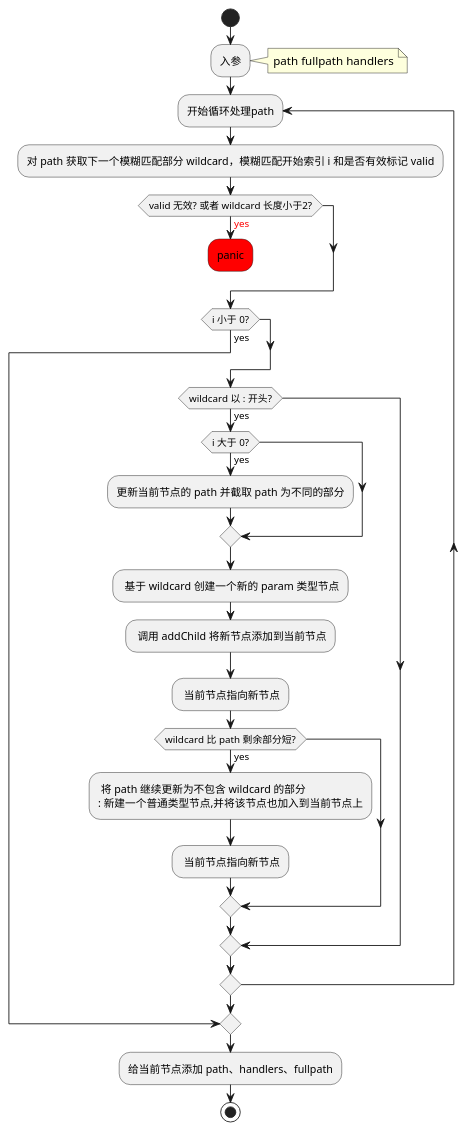
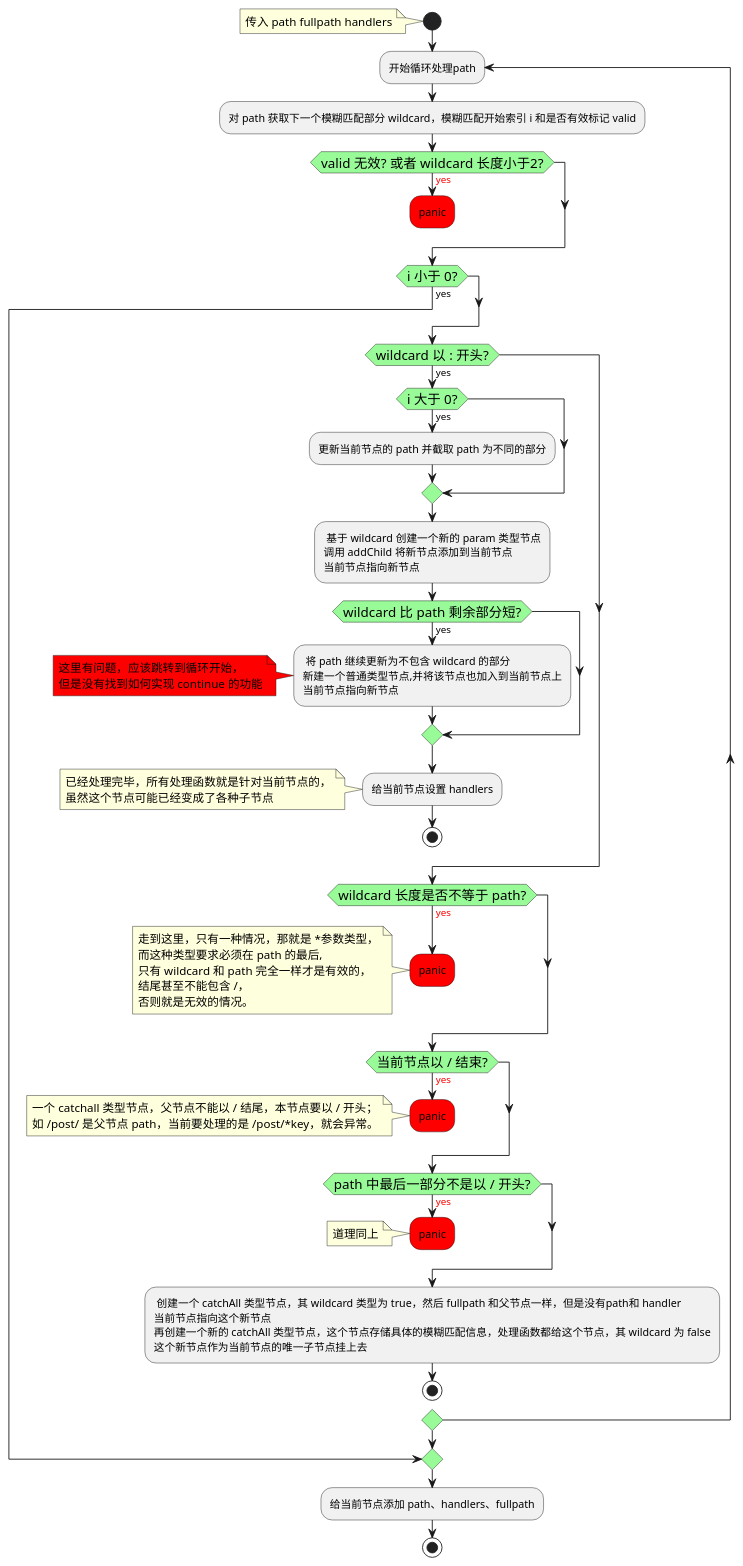
Before and after one commit to guozhaoxin/learning-notes: the diagram in golang/gin/uml/node.puml, drawn with PlantUML.

Commit message:
:tada: :construction: 第一个较完整的 plantuml 图

```diff
--- a/golang/gin/uml/node.puml
+++ b/golang/gin/uml/node.puml
@@ -1,37 +1,97 @@
 @startuml
 'insertChild 方法
+
+<style>
+    activityDiagram {
+      diamond {
+        BackgroundColor PaleGreen
+'        LineColor #00FF00
+        FontColor black
+
+        FontSize 15
+      }
+    }
+</style>
+
 start
-:入参;
-note right: path fullpath handlers
+note left: 传入 path fullpath handlers
 
+label 开始循环
 repeat :开始循环处理path;
 
-:对 path 获取下一个模糊匹配部分 wildcard，模糊匹配开始索引 i 和是否有效标记 valid;
-if(valid 无效? 或者 wildcard 长度小于2?) is (<color:red>yes) then
-    #red :panic;
-    kill
-endif
-if(i 小于 0?) is (yes) then
-    break
-endif
+    :对 path 获取下一个模糊匹配部分 wildcard，模糊匹配开始索引 i 和是否有效标记 valid;
+    if(valid 无效? 或者 wildcard 长度小于2?) is (<color:red>yes) then
+        #red :panic;
+        kill
+    endif
+    if(i 小于 0?) is (yes) then
+        break
+    endif
 
-if(wildcard 以 : 开头?)  is (yes) then
-    if(i 大于 0?) is (yes) then
-        :更新当前节点的 path 并截取 path 为不同的部分;
+    if(wildcard 以 : 开头?)  is (yes) then
+        if(i 大于 0?) is (yes) then
+            :更新当前节点的 path 并截取 path 为不同的部分;
+        endif
+
+        : 基于 wildcard 创建一个新的 param 类型节点
+        调用 addChild 将新节点添加到当前节点
+        当前节点指向新节点;
+
+        if(wildcard 比 path 剩余部分短?) is (yes) then
+            : 将 path 继续更新为不包含 wildcard 的部分
+            新建一个普通类型节点,并将该节点也加入到当前节点上
+            当前节点指向新节点;
+            note left #red
+            这里有问题，应该跳转到循环开始，
+            但是没有找到如何实现 continue 的功能
+            endnote
+        endif
+
+        :给当前节点设置 handlers;
+        note left
+            已经处理完毕，所有处理函数就是针对当前节点的，
+            虽然这个节点可能已经变成了各种子节点
+        end note
+        stop
     endif
-    : 基于 wildcard 创建一个新的 param 类型节点;
-    : 调用 addChild 将新节点添加到当前节点;
-    : 当前节点指向新节点;
-    if(wildcard 比 path 剩余部分短?) is (yes) then
-        : 将 path 继续更新为不包含 wildcard 的部分
-        : 新建一个普通类型节点,并将该节点也加入到当前节点上;
-        : 当前节点指向新节点;
+
+    if(wildcard 长度是否不等于 path?) is (<color:red>yes) then
+        #red :panic;
+        note left
+            走到这里，只有一种情况，那就是 *参数类型，
+            而这种类型要求必须在 path 的最后,
+            只有 wildcard 和 path 完全一样才是有效的，
+            结尾甚至不能包含 /，
+            否则就是无效的情况。
+        end note
+        kill
     endif
-endif
+
+    if(当前节点以 / 结束?) is (<color:red>yes) then
+        #red :panic;
+        note left
+            一个 catchall 类型节点，父节点不能以 / 结尾，本节点要以 / 开头；
+            如 /post/ 是父节点 path，当前要处理的是 /post/*key，就会异常。
+        end note
+        kill
+    endif
+
+    if(path 中最后一部分不是以 / 开头?) is (<color:red>yes) then
+        #red :panic;
+        note left: 道理同上
+        kill
+    endif
+
+    : 创建一个 catchAll 类型节点，其 wildcard 类型为 true，然后 fullpath 和父节点一样，但是没有path和 handler
+    当前节点指向这个新节点
+    再创建一个新的 catchAll 类型节点，这个节点存储具体的模糊匹配信息，处理函数都给这个节点，其 wildcard 为 false
+    这个新节点作为当前节点的唯一子节点挂上去;
+    stop
+
 
 repeat while
 
 :给当前节点添加 path、handlers、fullpath;
 stop
 
 @enduml
```
